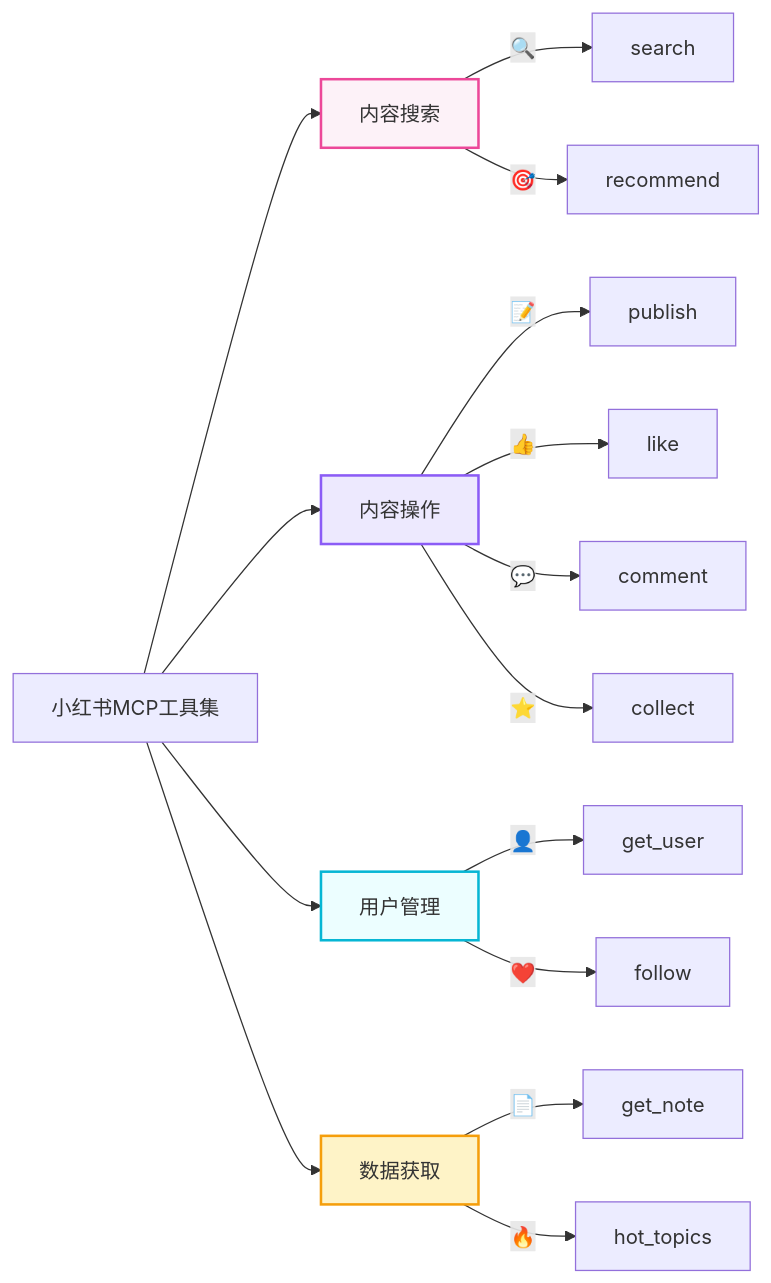
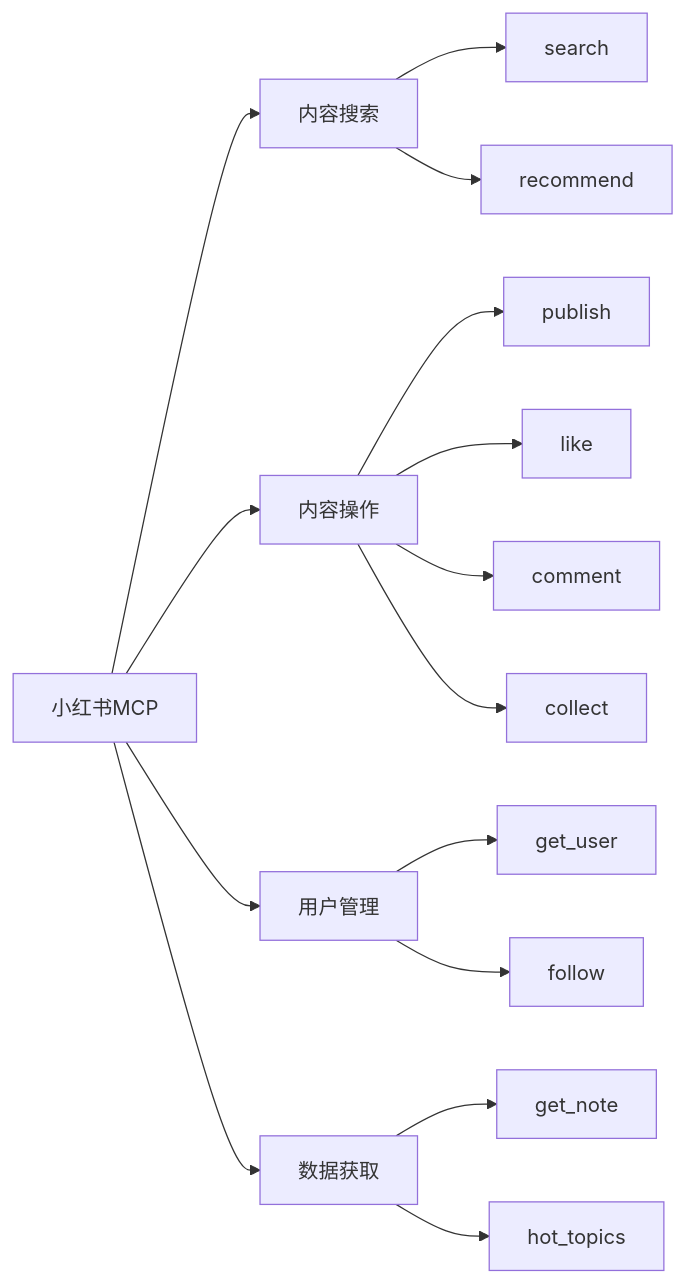
The third of 3 diagrams in slides.md (s233a/slidev-ppt), drawn with Mermaid before and after one commit. The commit also changed other lines of this file, not shown here.

````diff
--- a/slides.md
+++ b/slides.md
@@ -315,26 +173,21 @@
 ```mermaid
 graph LR
-    A[小红书MCP工具集] --> B[内容搜索]
+    A[小红书MCP] --> B[内容搜索]
     A --> C[内容操作]
     A --> D[用户管理]
     A --> E[数据获取]
     
-    B -->|🔍| B1[search]
-    B -->|🎯| B2[recommend]
+    B --> B1[search]
+    B --> B2[recommend]
     
-    C -->|📝| C1[publish]
-    C -->|👍| C2[like]
-    C -->|💬| C3[comment]
-    C -->|⭐| C4[collect]
+    C --> C1[publish]
+    C --> C2[like]
+    C --> C3[comment]
+    C --> C4[collect]
     
-    D -->|👤| D1[get_user]
-    D -->|❤️| D2[follow]
+    D --> D1[get_user]
+    D --> D2[follow]
     
-    E -->|📄| E1[get_note]
-    E -->|🔥| E2[hot_topics]
-    
-    style B fill:#fdf2f8,stroke:#ec4899,stroke-width:2px
-    style C fill:#ede9fe,stroke:#8b5cf6,stroke-width:2px
-    style D fill:#ecfeff,stroke:#06b6d4,stroke-width:2px
-    style E fill:#fef3c7,stroke:#f59e0b,stroke-width:2px
+    E --> E1[get_note]
+    E --> E2[hot_topics]
 ```
````
